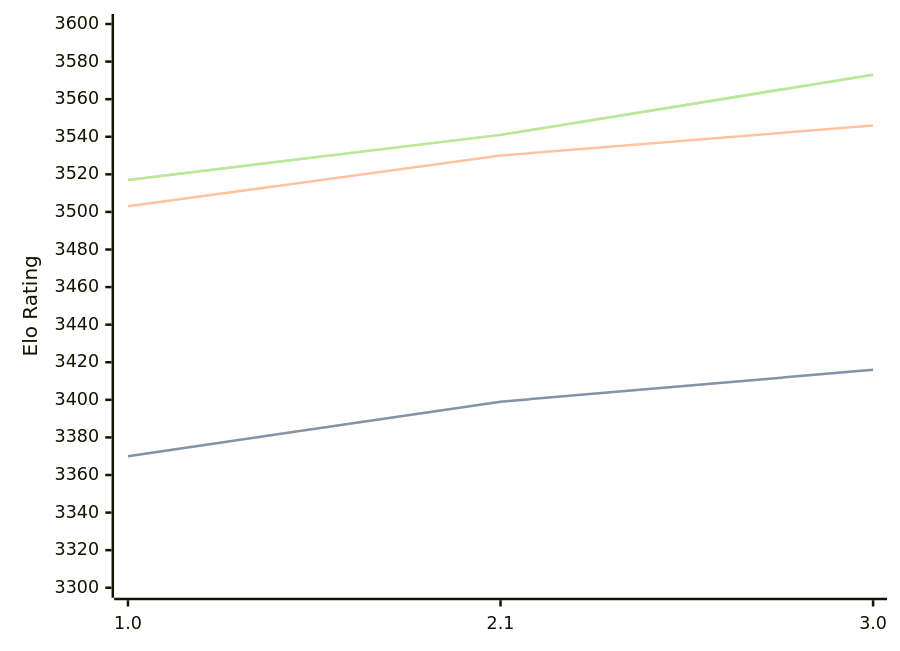
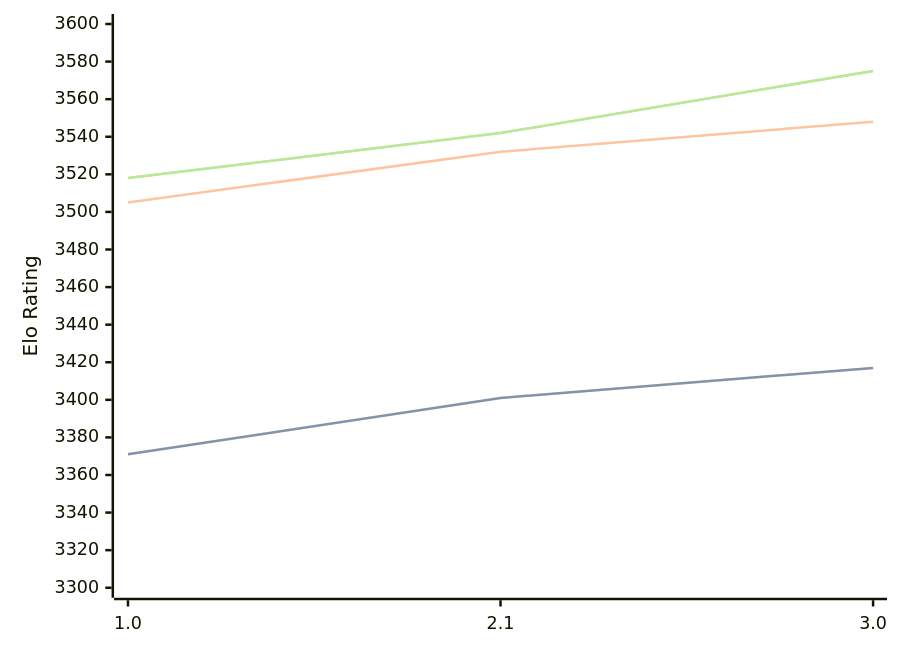
One commit to computer-chess-index/cci changed the diagram in engines/Hobbes.md. Above: the diagram before and after it, drawn with Mermaid. The commit also changed other lines of this file, not shown here.

Commit message:
Update CCI Ratings (ELO VLTC) - 2026-08-26

````diff
--- a/engines/Hobbes.md
+++ b/engines/Hobbes.md
@@ -33,11 +33,11 @@
 ```mermaid
 %%{init: {"theme":"base","themeVariables":{"seriesColors:['#a3a3a3','#222221','#faa371']}}}%%
 xychart-beta
   x-axis ["1.0", "2.1", "3.0"]
   y-axis "Elo Rating" 3300 --> 3600
-  line "STC (8.0+0.08s)" [3370, 3399, 3416]
-  line "STC (8.0+0.08s)" [3370, 3399, 3416]
-  line "LTC (60.0+0.60s)" [3503, 3530, 3546]
-  line "VLTC (2m24s+1.12s)" [3517, 3541, 3573]
-  line "VLTC (2m24s+1.12s)" [3517, 3541, 3573]
+  line "STC (8.0+0.08s)" [3371, 3401, 3417]
+  line "STC (8.0+0.08s)" [3371, 3401, 3417]
+  line "LTC (60.0+0.60s)" [3505, 3532, 3548]
+  line "VLTC (2m24s+1.12s)" [3518, 3542, 3575]
+  line "VLTC (2m24s+1.12s)" [3518, 3542, 3575]
 ```
````
